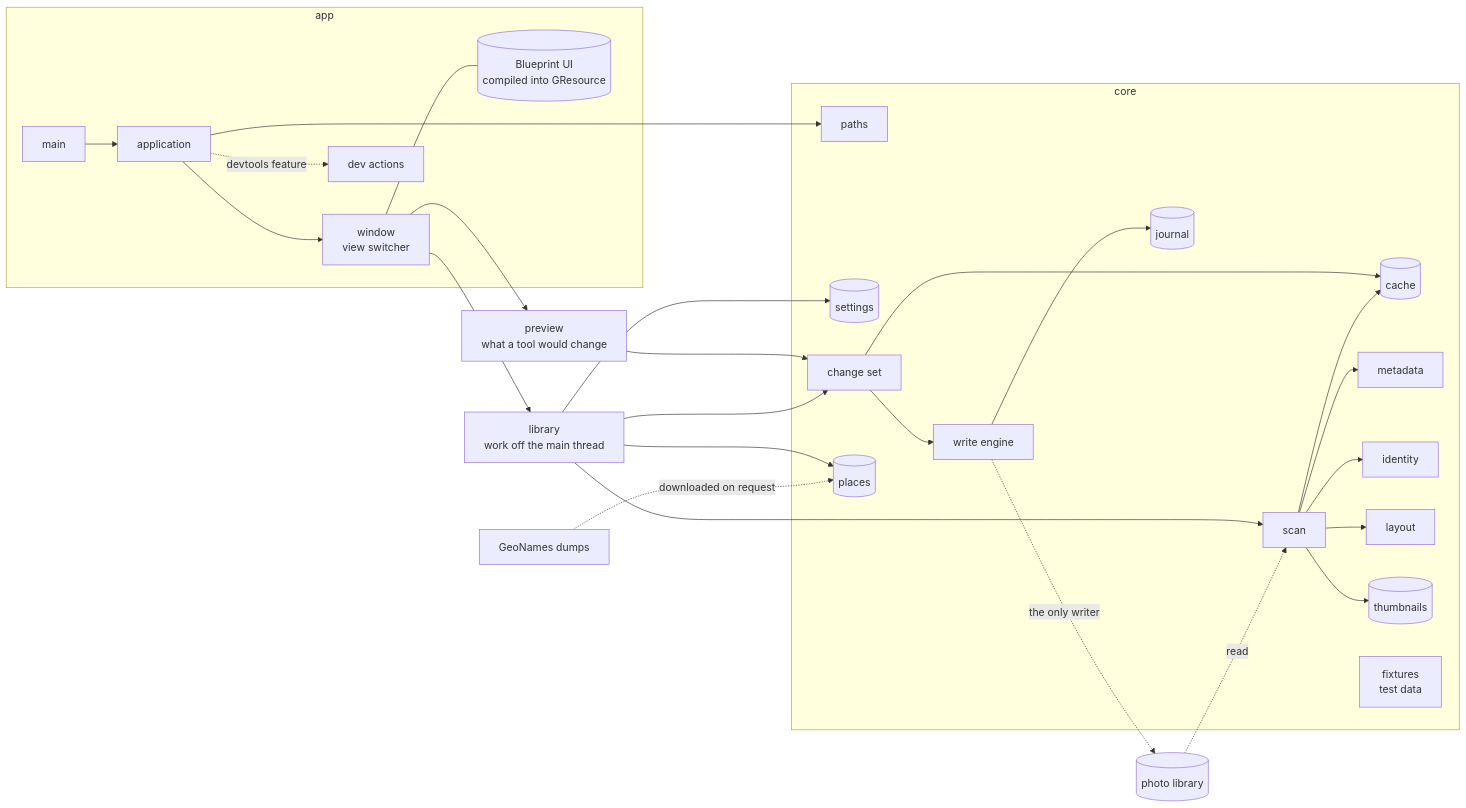
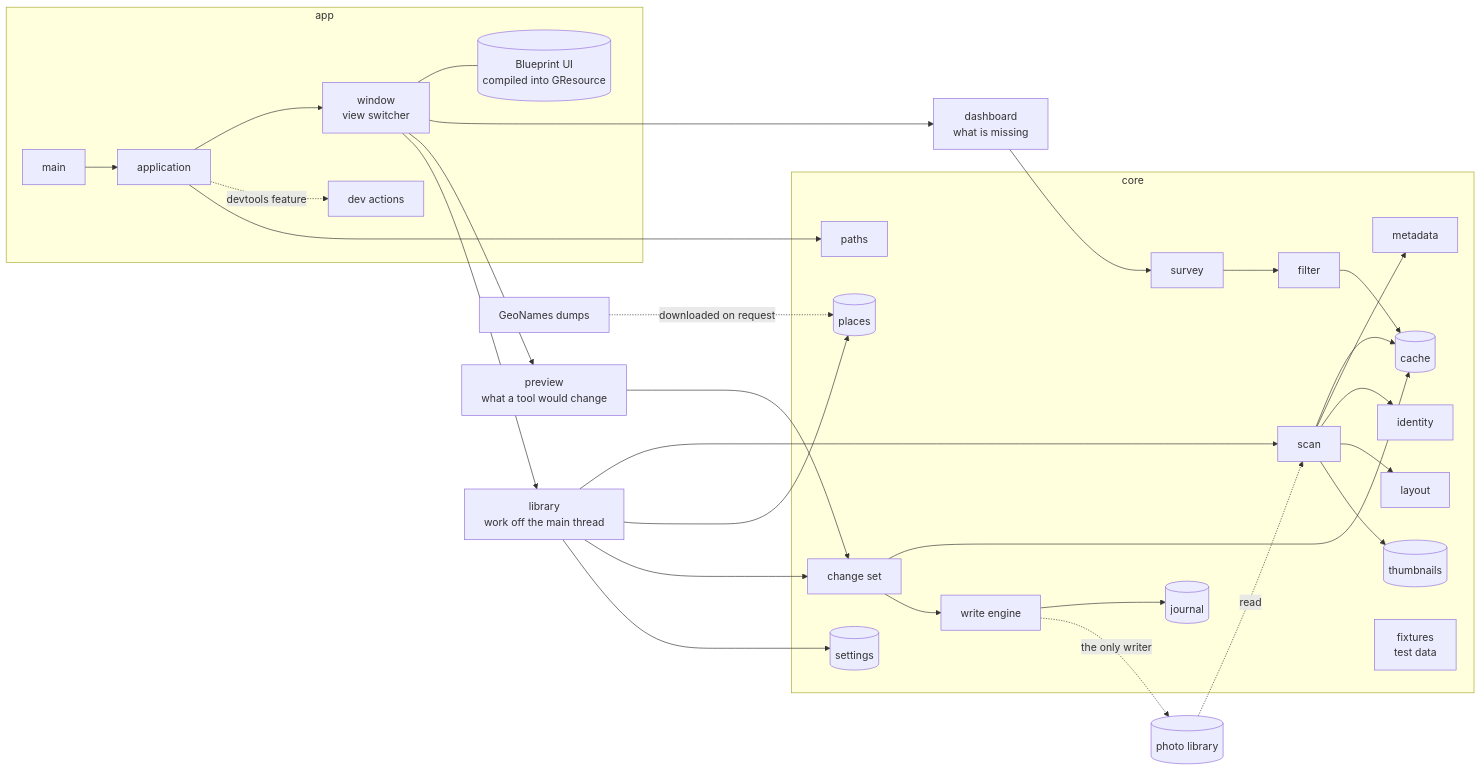
The diagram in docs/overview.md (xuedi/photoManager), drawn with Mermaid before and after one commit. The commit also changed other lines of this file and 3 other files, not shown here.

Commit message:
write down what the dashboard counts

````diff
--- a/docs/overview.md
+++ b/docs/overview.md
@@ -5,34 +5,37 @@
 ```mermaid
 flowchart LR
     subgraph app [app]
         main[main] --> application
         application --> window[window<br/>view switcher]
         application -. devtools feature .-> devtools[dev actions]
         window --- blueprint[(Blueprint UI<br/>compiled into GResource)]
     end
     subgraph core [core]
         paths
         settings[(settings)]
         changeset[change set] --> cache
+        survey --> filter --> cache
         changeset --> write
         scan --> cache[(cache)]
         scan --> metadata
         scan --> identity
         scan --> layout
         scan --> thumbs[(thumbnails)]
         geo[(places)]
         write[write engine] --> journal[(journal)]
         fixtures[fixtures<br/>test data]
     end
     application --> paths
+    window --> dashboard[dashboard<br/>what is missing]
+    dashboard --> survey
     window --> preview[preview<br/>what a tool would change]
     window --> library[library<br/>work off the main thread]
     preview --> changeset
     library --> scan
     library --> geo
     library --> changeset
     library --> settings
     photos[(photo library)] -. read .-> scan
     write -. the only writer .-> photos
     geonames[GeoNames dumps] -. downloaded on request .-> geo
 ```
````
